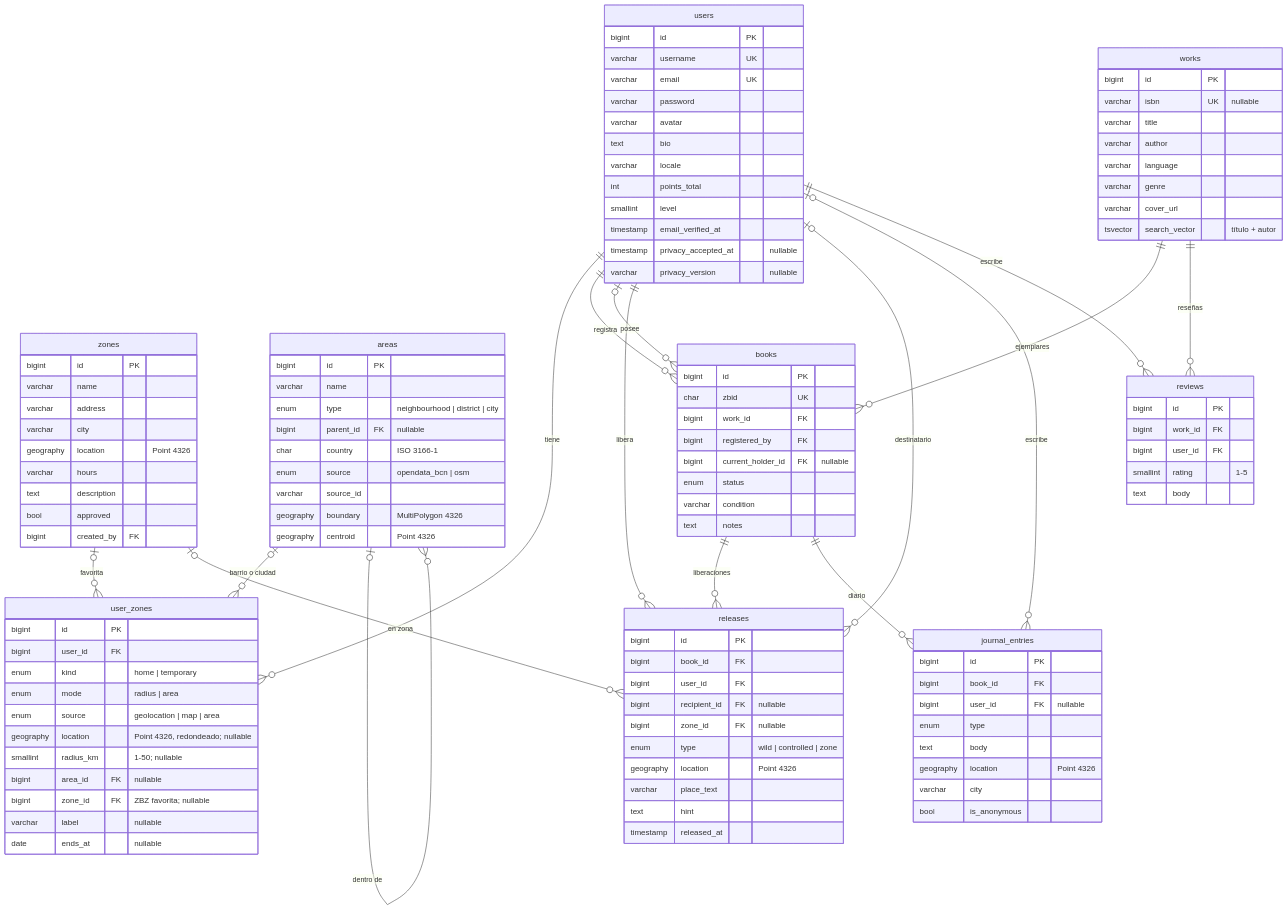
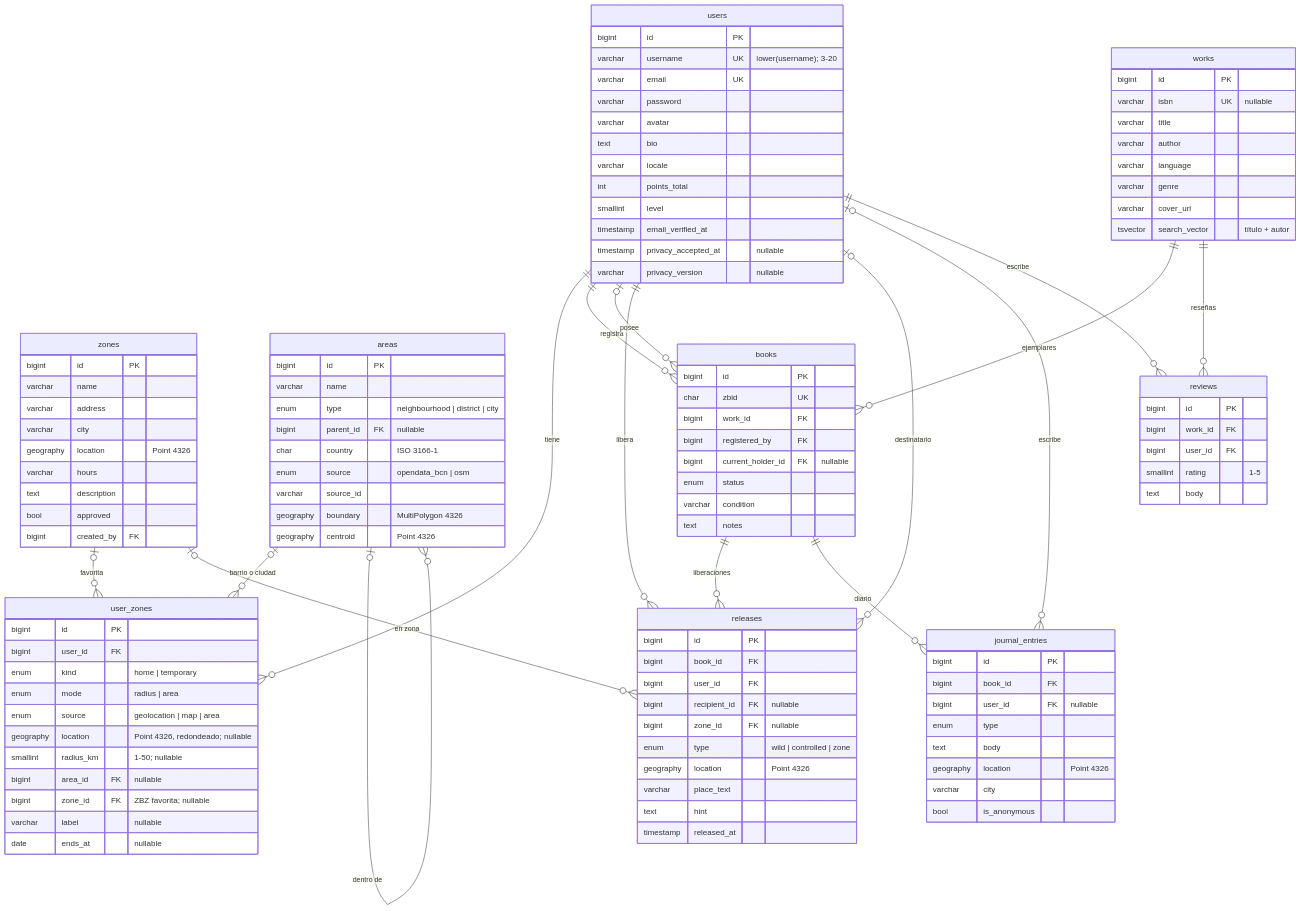
Before and after one commit to zStrikke/zBooks: the first of 5 diagrams in docs/diagramas/06-er.md, drawn with Mermaid. The commit also changed other lines of this file and 41 other files, not shown here.

```diff
--- a/docs/diagramas/06-er.md
+++ b/docs/diagramas/06-er.md
@@ -24,7 +24,7 @@
 
     users {
         bigint id PK
-        varchar username UK
+        varchar username UK "lower(username); 3-20"
         varchar email UK
         varchar password
         varchar avatar
```
